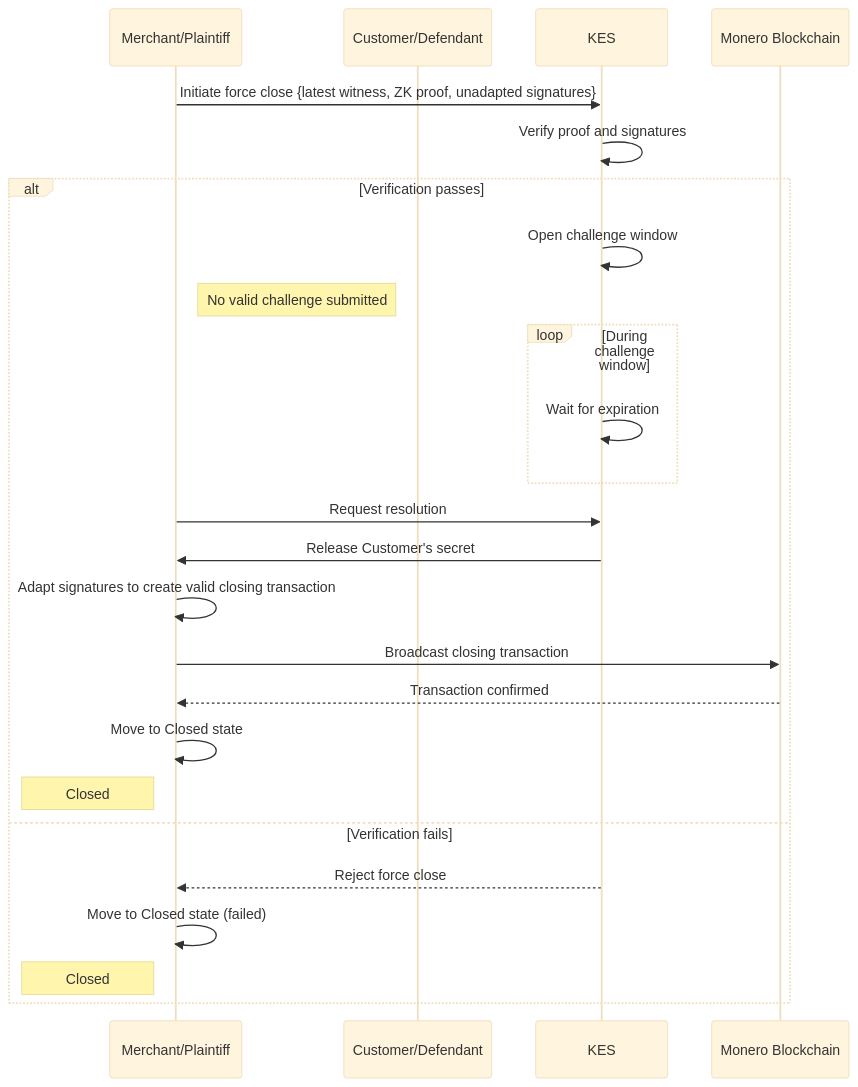
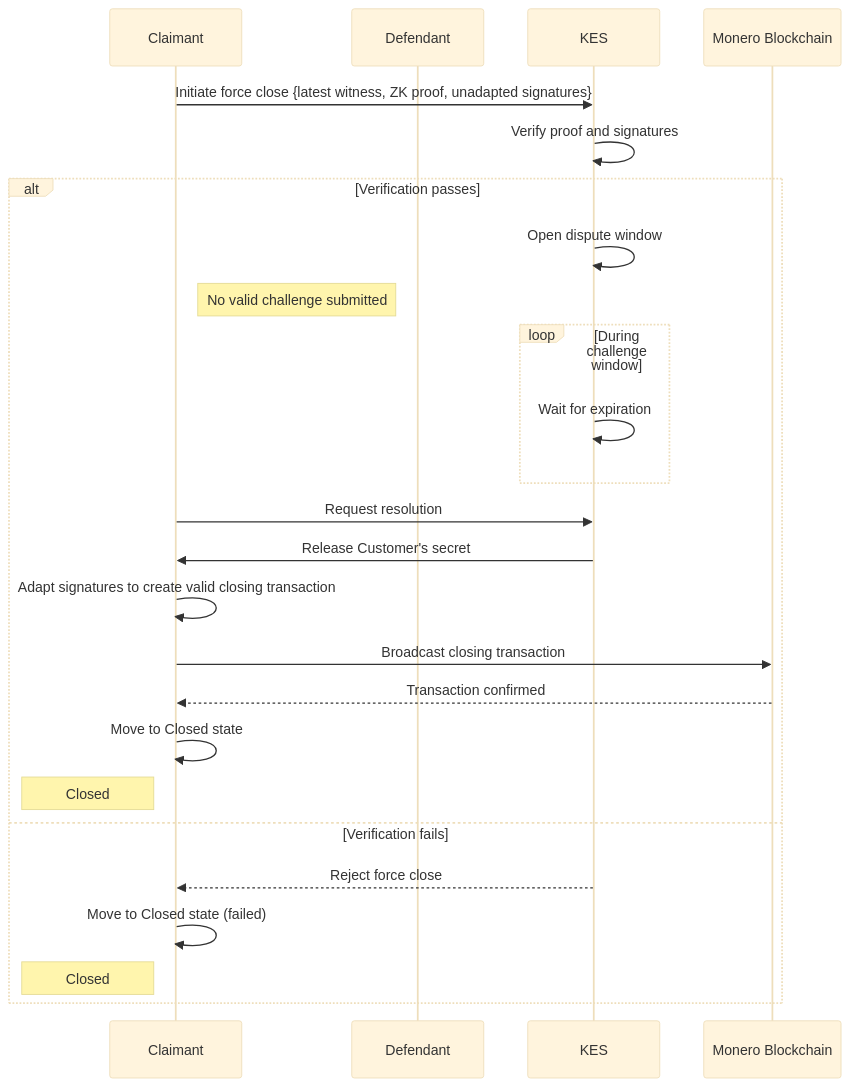
Before and after one commit to grease-xmr/grease: the diagram in docs/diagrams/channel_dispute_sequence.md, drawn with Mermaid (base theme). The commit also changed 19 other files, not shown here.

````diff
--- a/docs/diagrams/channel_dispute_sequence.md
+++ b/docs/diagrams/channel_dispute_sequence.md
@@ -1,27 +1,27 @@
 ```mermaid
 sequenceDiagram
-    participant Merchant as Merchant/Plaintiff
-    participant Customer as Customer/Defendant
+    participant Merchant as Claimant
+    participant Customer as Defendant
     participant KES
     participant Monero as Monero Blockchain
     Merchant->>KES: Initiate force close {latest witness, ZK proof, unadapted signatures}
     KES->>KES: Verify proof and signatures
     alt Verification passes
-        KES->>KES: Open challenge window
+        KES->>KES: Open dispute window
         note left of Customer: No valid challenge submitted
         loop During challenge window
             KES->>KES: Wait for expiration
         end
         Merchant->>KES: Request resolution
         KES->>Merchant: Release Customer's secret
         Merchant->>Merchant: Adapt signatures to create valid closing transaction
         Merchant->>Monero: Broadcast closing transaction
         Monero-->>Merchant: Transaction confirmed
         Merchant->>Merchant: Move to Closed state
         note left of Merchant: Closed
     else Verification fails
         KES-->>Merchant: Reject force close
         Merchant->>Merchant: Move to Closed state (failed)
         note left of Merchant: Closed
     end
 ```
````
